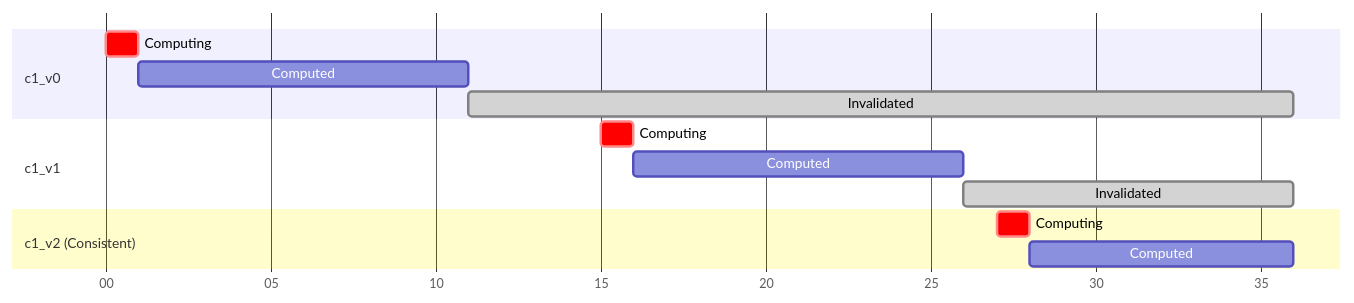
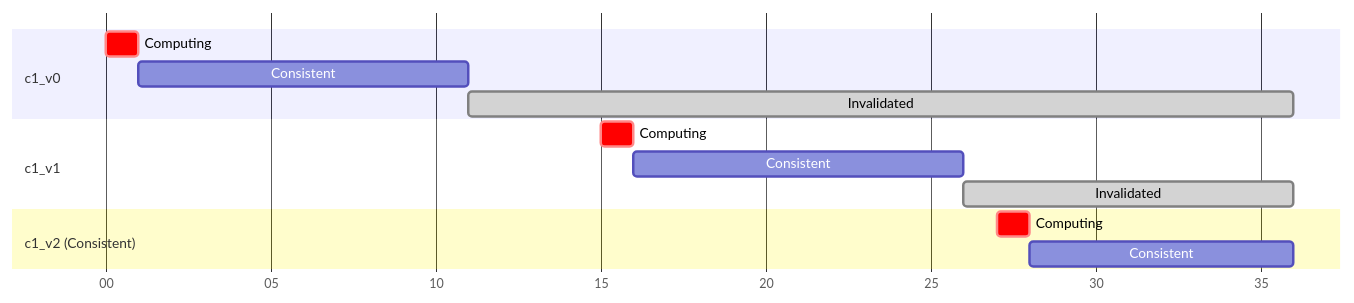
The diagram in docs/img-src/Computed-Gantt.mmd (servicetitan/Stl.Fusion), drawn with Mermaid before and after one commit. The commit also changed 85 other files, not shown here.

Commit message:
doc: Update diagrams

```diff
--- a/docs/img-src/Computed-Gantt.mmd
+++ b/docs/img-src/Computed-Gantt.mmd
@@ -1,14 +1,14 @@
 gantt
   dateFormat s
   axisFormat %S
-	section c1_v0
-	Computing   : crit, a0, 0, 1s
-	Computed    : a1, after a0, 10s
-	Invalidated : done, a2, after a1, 25s
+  section c1_v0
+    Computing   : crit, a0, 0, 1s
+    Consistent  : a1, after a0, 10s
+    Invalidated : done, a2, after a1, 25s
   section c1_v1
-  Computing   : crit, b0, 15, 1s
-	Computed    : b1, after b0, 10s
-	Invalidated : done, b2, after b1, 10s
+    Computing   : crit, b0, 15, 1s
+    Consistent  : b1, after b0, 10s
+    Invalidated : done, b2, after b1, 10s
   section c1_v2 (Consistent)
-  Computing   : crit, c0, 27, 1s
-	Computed    : c1, after c0, 8s
+    Computing   : crit, c0, 27, 1s
+    Consistent  : c1, after c0, 8s
```
